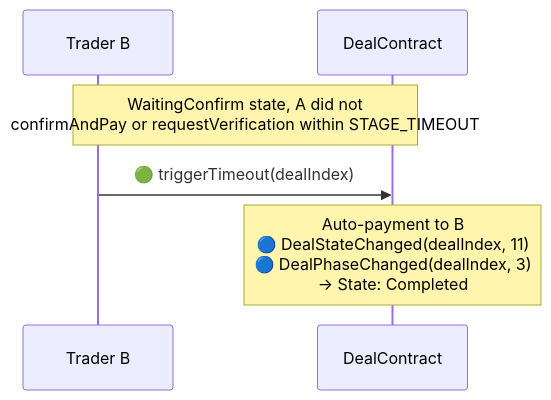
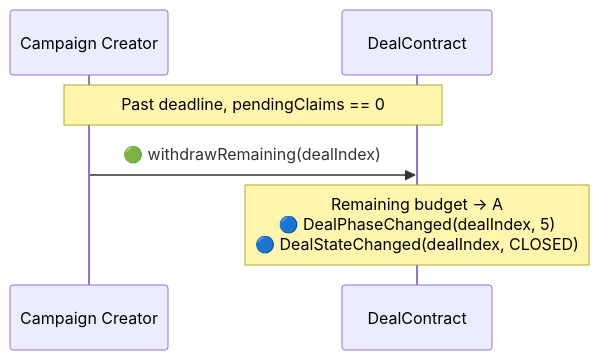
Before and after one commit to synctxai/synctx: the fourth of 5 diagrams in examples/x-follow/x-follow-design.md, drawn with Mermaid. The commit also changed other lines of this file and 1 other file, not shown here.

First line of the commit message:
docs(x-follow): redesign as 1-to-many campaign model

````diff
--- a/examples/x-follow/x-follow-design.md
+++ b/examples/x-follow/x-follow-design.md
@@ -376,9 +294,9 @@
 ```mermaid
 sequenceDiagram
-    participant B as Trader B
+    participant A as Campaign Creator
     participant D as DealContract
 
-    Note over B,D: WaitingConfirm state, A did not<br/>confirmAndPay or requestVerification within STAGE_TIMEOUT
-    B->>D: 🟢 triggerTimeout(dealIndex)
-    Note over D: Auto-payment to B<br/>🔵 DealStateChanged(dealIndex, 11)<br/>🔵 DealPhaseChanged(dealIndex, 3)<br/>→ State: Completed
+    Note over A,D: Past deadline, pendingClaims == 0
+    A->>D: 🟢 withdrawRemaining(dealIndex)
+    Note over D: Remaining budget → A<br/>🔵 DealPhaseChanged(dealIndex, 5)<br/>🔵 DealStateChanged(dealIndex, CLOSED)
 ```
````
